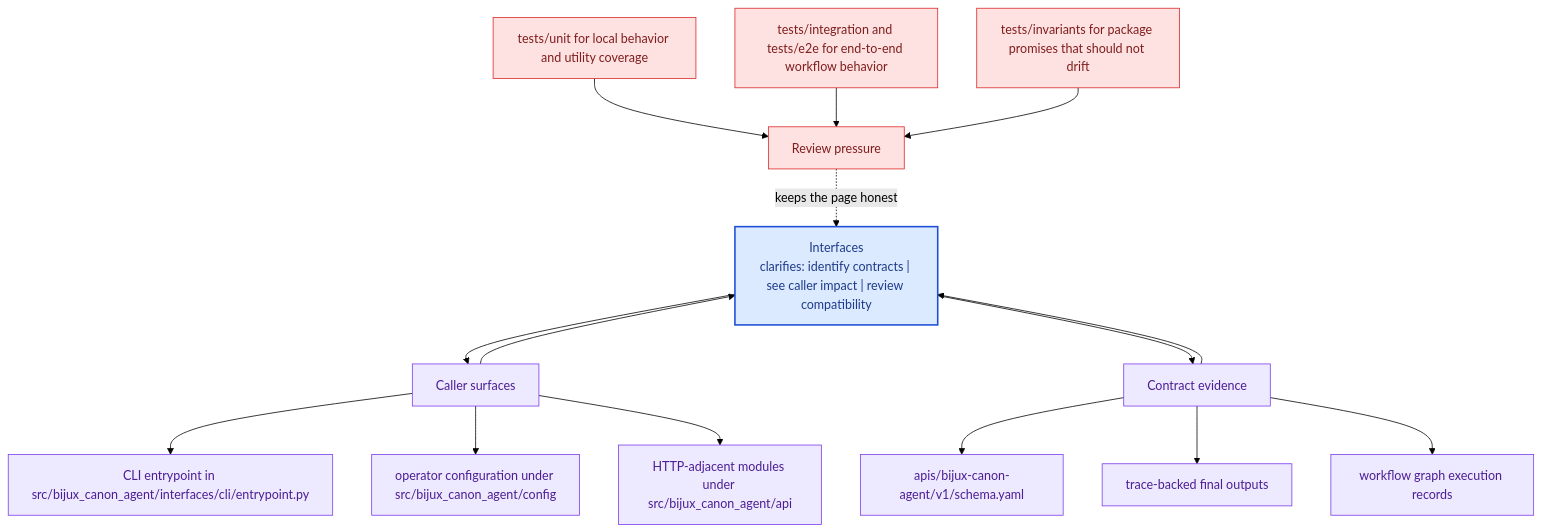
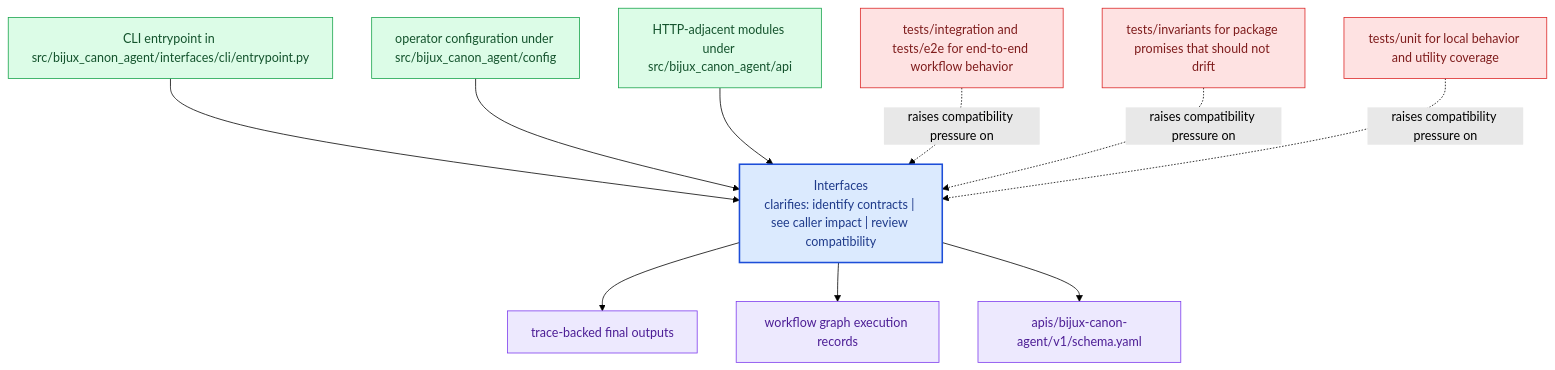
Before and after one commit to bijux/bijux-canon: the diagram in docs/bijux-canon-agent/interfaces/index.md, drawn with Mermaid (forest theme). The commit also changed other lines of this file and 281 other files, not shown here.

Commit message:
docs(diagrams): replace repeated mermaid scaffolds with page-specific summaries

````diff
--- a/docs/bijux-canon-agent/interfaces/index.md
+++ b/docs/bijux-canon-agent/interfaces/index.md
@@ -65,41 +20,31 @@
 ```mermaid
 flowchart TB
-    promise["Interfaces<br/>clarifies: identify contracts | see caller impact | review compatibility"]
-    classDef promise fill:#dbeafe,stroke:#1d4ed8,color:#1e3a8a,stroke-width:2px;
-    classDef driver fill:#dcfce7,stroke:#16a34a,color:#14532d;
-    classDef constraint fill:#fee2e2,stroke:#dc2626,color:#7f1d1d;
-    classDef ground fill:#ede9fe,stroke:#7c3aed,color:#4c1d95;
-    focus1["Caller surfaces"]
-    focus1 --> promise
-    promise --> focus1
-    focus1_1["CLI entrypoint in src/bijux_canon_agent/interfaces/cli/entrypoint.py"]
-    focus1 --> focus1_1
-    focus1_2["operator configuration under src/bijux_canon_agent/config"]
-    focus1 --> focus1_2
-    focus1_3["HTTP-adjacent modules under src/bijux_canon_agent/api"]
-    focus1 --> focus1_3
-    class focus1 ground;
-    class focus1_1,focus1_2,focus1_3 ground;
-    focus2["Contract evidence"]
-    focus2 --> promise
-    promise --> focus2
-    focus2_1["apis/bijux-canon-agent/v1/schema.yaml"]
-    focus2 --> focus2_1
-    focus2_2["trace-backed final outputs"]
-    focus2 --> focus2_2
-    focus2_3["workflow graph execution records"]
-    focus2 --> focus2_3
-    class focus2 ground;
-    class focus2_1,focus2_2,focus2_3 ground;
-    focus3["Review pressure"]
-    focus3 -.keeps the page honest.-> promise
-    focus3_1["tests/unit for local behavior and utility coverage"]
-    focus3_1 --> focus3
-    focus3_2["tests/integration and tests/e2e for end-to-end workflow behavior"]
-    focus3_2 --> focus3
-    focus3_3["tests/invariants for package promises that should not drift"]
-    focus3_3 --> focus3
-    class focus3 constraint;
-    class focus3_1,focus3_2,focus3_3 constraint;
-    class promise promise;
+    page["Interfaces<br/>clarifies: identify contracts | see caller impact | review compatibility"]
+    classDef page fill:#dbeafe,stroke:#1d4ed8,color:#1e3a8a,stroke-width:2px;
+    classDef positive fill:#dcfce7,stroke:#16a34a,color:#14532d;
+    classDef caution fill:#fee2e2,stroke:#dc2626,color:#7f1d1d;
+    classDef anchor fill:#ede9fe,stroke:#7c3aed,color:#4c1d95;
+    classDef action fill:#fef3c7,stroke:#d97706,color:#7c2d12;
+    surface1["CLI entrypoint in src/bijux_canon_agent/interfaces/cli/entrypoint.py"]
+    surface1 --> page
+    surface2["operator configuration under src/bijux_canon_agent/config"]
+    surface2 --> page
+    surface3["HTTP-adjacent modules under src/bijux_canon_agent/api"]
+    surface3 --> page
+    proof1["trace-backed final outputs"]
+    page --> proof1
+    proof2["workflow graph execution records"]
+    page --> proof2
+    proof3["apis/bijux-canon-agent/v1/schema.yaml"]
+    page --> proof3
+    review1["tests/integration and tests/e2e for end-to-end workflow behavior"]
+    review1 -.raises compatibility pressure on.-> page
+    review2["tests/invariants for package promises that should not drift"]
+    review2 -.raises compatibility pressure on.-> page
+    review3["tests/unit for local behavior and utility coverage"]
+    review3 -.raises compatibility pressure on.-> page
+    class page page;
+    class surface1,surface2,surface3 positive;
+    class proof1,proof2,proof3 anchor;
+    class review1,review2,review3 caution;
 ```
````
